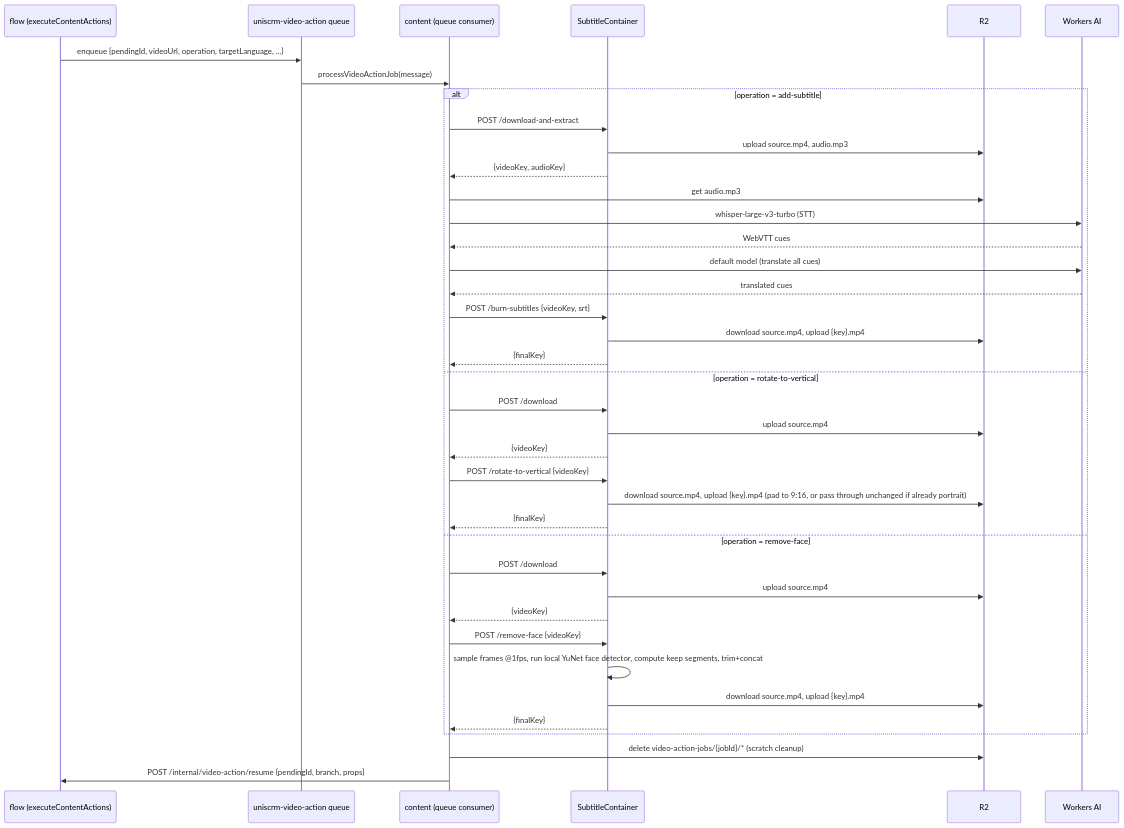
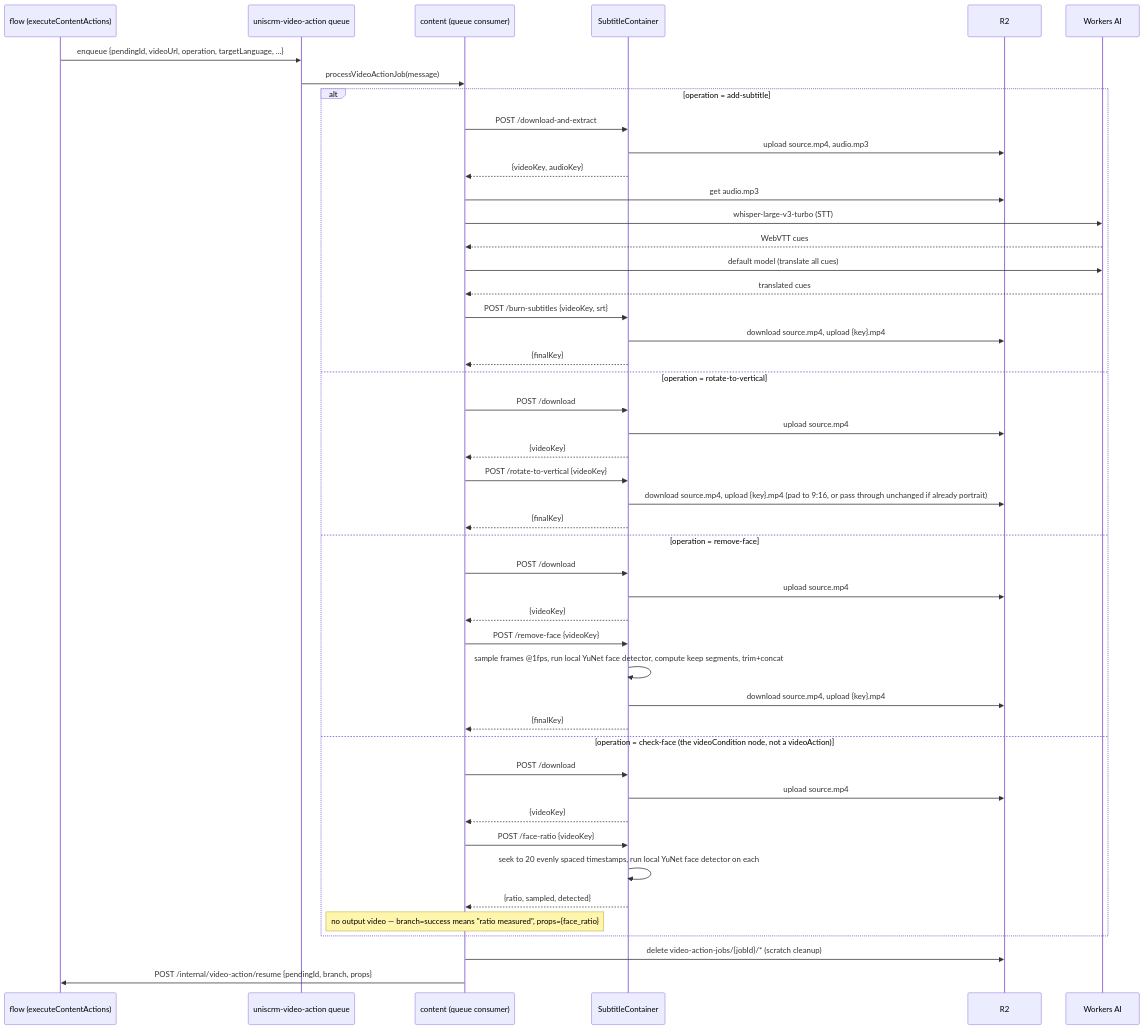
Before and after one commit to zcqqq/uniscrm-web: the diagram in content/src/services/video-action/sequence.md, drawn with Mermaid. The commit also changed other lines of this file and 56 other files, not shown here.

First line of the commit message:
feat(flow,link): surface why a flow node failed; fix X Action channel

````diff
--- a/content/src/services/video-action/sequence.md
+++ b/content/src/services/video-action/sequence.md
@@ -3,42 +3,50 @@
 ```mermaid
 sequenceDiagram
     participant Flow as flow (executeContentActions)
     participant Queue as uniscrm-video-action queue
     participant Content as content (queue consumer)
     participant Container as SubtitleContainer
     participant R2
     participant AI as Workers AI
 
     Flow->>Queue: enqueue {pendingId, videoUrl, operation, targetLanguage, ...}
     Queue->>Content: processVideoActionJob(message)
     alt operation = add-subtitle
         Content->>Container: POST /download-and-extract
         Container->>R2: upload source.mp4, audio.mp3
         Container-->>Content: {videoKey, audioKey}
         Content->>R2: get audio.mp3
         Content->>AI: whisper-large-v3-turbo (STT)
         AI-->>Content: WebVTT cues
         Content->>AI: default model (translate all cues)
         AI-->>Content: translated cues
         Content->>Container: POST /burn-subtitles {videoKey, srt}
         Container->>R2: download source.mp4, upload {key}.mp4
         Container-->>Content: {finalKey}
     else operation = rotate-to-vertical
         Content->>Container: POST /download
         Container->>R2: upload source.mp4
         Container-->>Content: {videoKey}
         Content->>Container: POST /rotate-to-vertical {videoKey}
         Container->>R2: download source.mp4, upload {key}.mp4 (pad to 9:16, or pass through unchanged if already portrait)
         Container-->>Content: {finalKey}
     else operation = remove-face
         Content->>Container: POST /download
         Container->>R2: upload source.mp4
         Container-->>Content: {videoKey}
         Content->>Container: POST /remove-face {videoKey}
         Container->>Container: sample frames @1fps, run local YuNet face detector, compute keep segments, trim+concat
         Container->>R2: download source.mp4, upload {key}.mp4
         Container-->>Content: {finalKey}
+    else operation = check-face (the videoCondition node, not a videoAction)
+        Content->>Container: POST /download
+        Container->>R2: upload source.mp4
+        Container-->>Content: {videoKey}
+        Content->>Container: POST /face-ratio {videoKey}
+        Container->>Container: seek to 20 evenly spaced timestamps, run local YuNet face detector on each
+        Container-->>Content: {ratio, sampled, detected}
+        Note over Content: no output video — branch=success means "ratio measured", props={face_ratio}
     end
     Content->>R2: delete video-action-jobs/{jobId}/* (scratch cleanup)
     Content->>Flow: POST /internal/video-action/resume {pendingId, branch, props}
 ```
````
